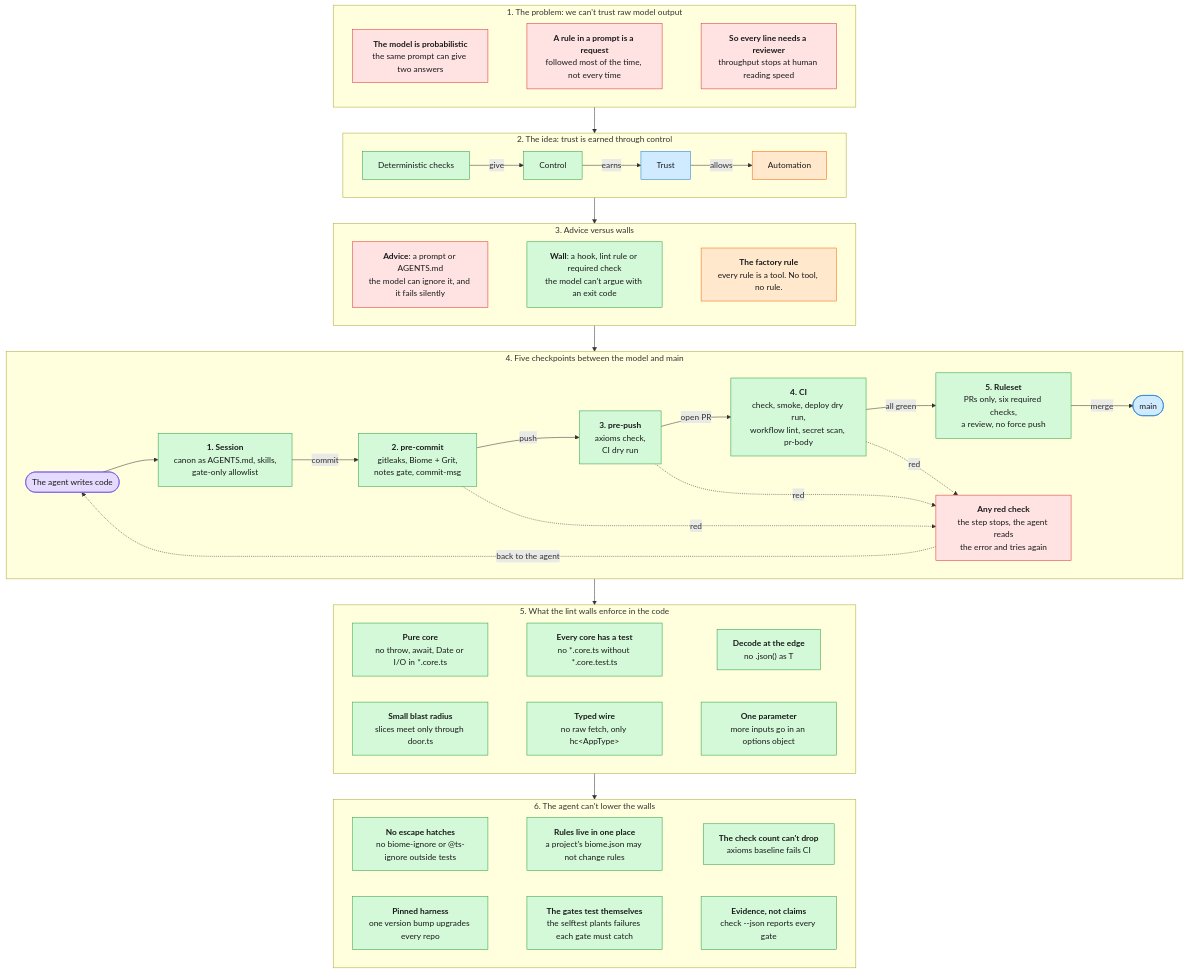
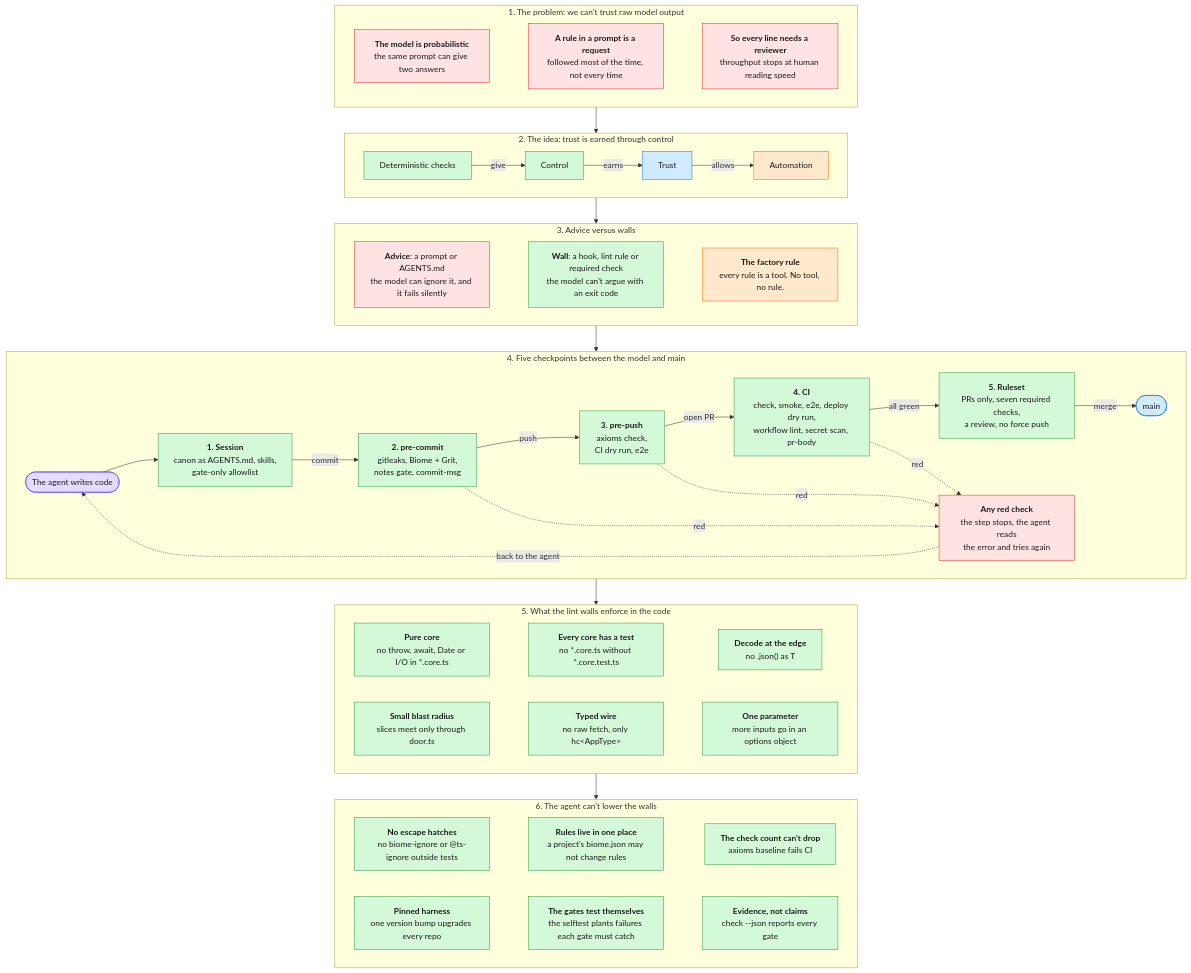
One commit to Pierre-Mike/factory changed the diagram in README.md. Above: the diagram before and after it, drawn with Mermaid. The commit also changed other lines of this file and 29 other files, not shown here.

First line of the commit message:
feat(e2e): add saved browser tests and axioms e2e, run in CI and pre-push

````diff
--- a/README.md
+++ b/README.md
@@ -13,70 +13,70 @@
 ```mermaid
 flowchart TB
     subgraph problem["1. The problem: we can't trust raw model output"]
         direction LR
         p1["<b>The model is probabilistic</b><br/>the same prompt can give two answers"]
         p2["<b>A rule in a prompt is a request</b><br/>followed most of the time, not every time"]
         p3["<b>So every line needs a reviewer</b><br/>throughput stops at human reading speed"]
         p1 ~~~ p2 ~~~ p3
     end
 
     subgraph idea["2. The idea: trust is earned through control"]
         c1["Deterministic checks"] -->|give| c2["Control"] -->|earns| c3["Trust"] -->|allows| c4["Automation"]
     end
 
     subgraph walls["3. Advice versus walls"]
         direction LR
         a1["<b>Advice</b>: a prompt or AGENTS.md<br/>the model can ignore it, and it fails silently"]
         a2["<b>Wall</b>: a hook, lint rule or required check<br/>the model can't argue with an exit code"]
         rule["<b>The factory rule</b><br/>every rule is a tool. No tool, no rule."]
         a1 ~~~ a2 ~~~ rule
     end
 
     subgraph checkpoints["4. Five checkpoints between the model and main"]
         s0(["The agent writes code"]) --> s1["<b>1. Session</b><br/>canon as AGENTS.md, skills,<br/>gate-only allowlist"]
         s1 -->|commit| s2["<b>2. pre-commit</b><br/>gitleaks, Biome + Grit,<br/>notes gate, commit-msg"]
-        s2 -->|push| s3["<b>3. pre-push</b><br/>axioms check,<br/>CI dry run"]
-        s3 -->|open PR| s4["<b>4. CI</b><br/>check, smoke, deploy dry run,<br/>workflow lint, secret scan, pr-body"]
-        s4 -->|all green| s5["<b>5. Ruleset</b><br/>PRs only, six required checks,<br/>a review, no force push"]
+        s2 -->|push| s3["<b>3. pre-push</b><br/>axioms check,<br/>CI dry run, e2e"]
+        s3 -->|open PR| s4["<b>4. CI</b><br/>check, smoke, e2e, deploy dry run,<br/>workflow lint, secret scan, pr-body"]
+        s4 -->|all green| s5["<b>5. Ruleset</b><br/>PRs only, seven required checks,<br/>a review, no force push"]
         s5 -->|merge| s6(["main"])
         s2 & s3 & s4 -.->|red| fail["<b>Any red check</b><br/>the step stops, the agent reads<br/>the error and tries again"]
         fail -.->|back to the agent| s0
     end
 
     subgraph lint["5. What the lint walls enforce in the code"]
         direction LR
         w1["<b>Pure core</b><br/>no throw, await, Date or I/O in *.core.ts"]
         w2["<b>Every core has a test</b><br/>no *.core.ts without *.core.test.ts"]
         w3["<b>Decode at the edge</b><br/>no .json() as T"]
         w4["<b>Small blast radius</b><br/>slices meet only through door.ts"]
         w5["<b>Typed wire</b><br/>no raw fetch, only hc&lt;AppType&gt;"]
         w6["<b>One parameter</b><br/>more inputs go in an options object"]
         w1 ~~~ w2 ~~~ w3
         w4 ~~~ w5 ~~~ w6
     end
 
     subgraph locks["6. The agent can't lower the walls"]
         direction LR
         l1["<b>No escape hatches</b><br/>no biome-ignore or @ts-ignore outside tests"]
         l2["<b>Rules live in one place</b><br/>a project's biome.json may not change rules"]
         l3["<b>The check count can't drop</b><br/>axioms baseline fails CI"]
         l4["<b>Pinned harness</b><br/>one version bump upgrades every repo"]
         l5["<b>The gates test themselves</b><br/>the selftest plants failures each gate must catch"]
         l6["<b>Evidence, not claims</b><br/>check --json reports every gate"]
         l1 ~~~ l2 ~~~ l3
         l4 ~~~ l5 ~~~ l6
     end
 
     problem --> idea --> walls --> checkpoints --> lint --> locks
 
     classDef risk fill:#ffe3e3,stroke:#e03131,color:#1a1a1a
     classDef check fill:#d3f9d8,stroke:#2f9e44,color:#1a1a1a
     classDef model fill:#e5dbff,stroke:#7048e8,color:#1a1a1a
     classDef human fill:#d0ebff,stroke:#1c7ed6,color:#1a1a1a
     classDef unlock fill:#ffe8cc,stroke:#f76707,color:#1a1a1a
     class p1,p2,p3,a1,fail risk
     class c1,c2,a2,s1,s2,s3,s4,s5,w1,w2,w3,w4,w5,w6,l1,l2,l3,l4,l5,l6 check
     class s0 model
     class c3,s6 human
     class c4,rule unlock
 ```
````
